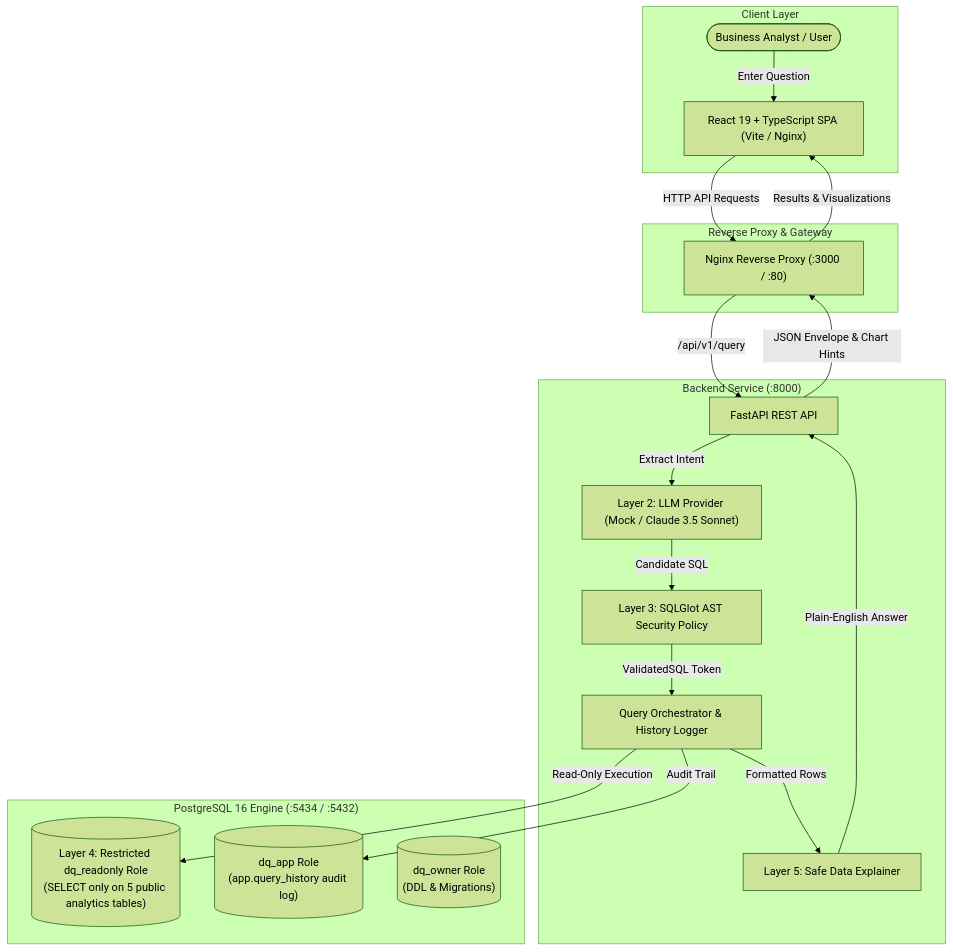
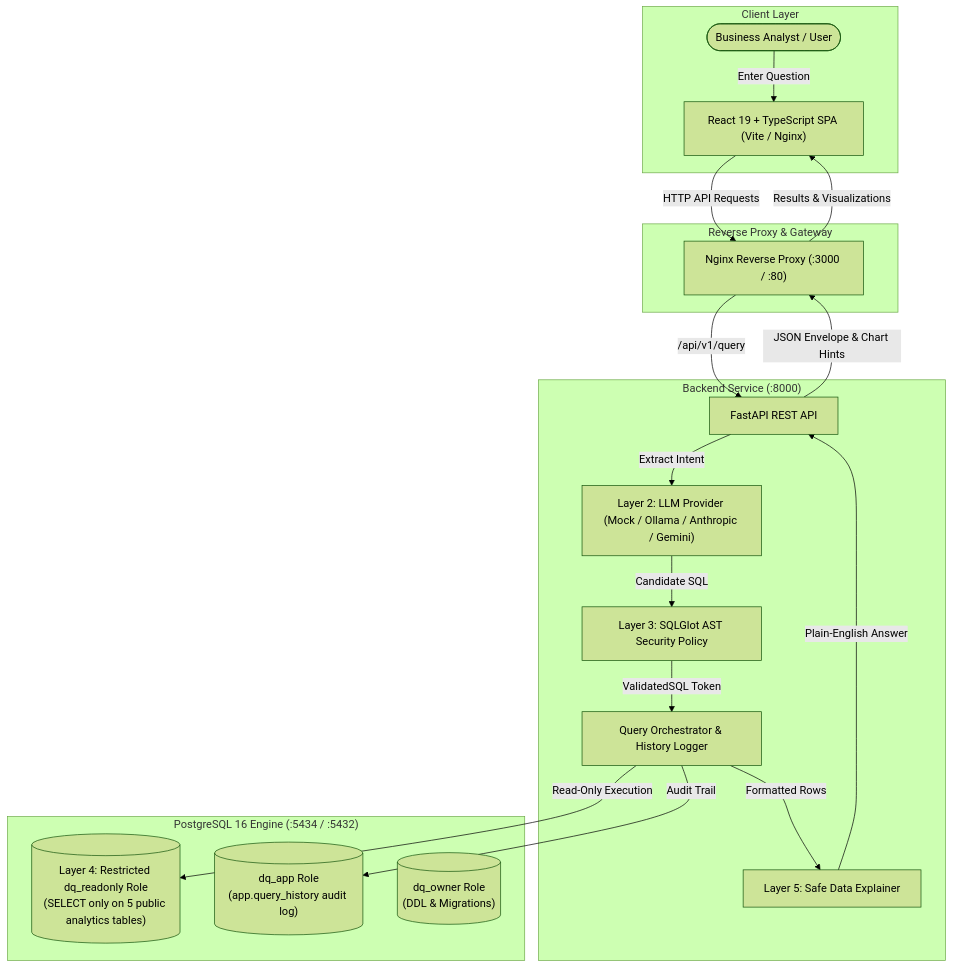
One commit to Sermystico/DataQuery changed the diagram in README.md. Above: the diagram before and after it, drawn with Mermaid (forest theme). The commit also changed other lines of this file and 10 other files, not shown here.

````diff
--- a/README.md
+++ b/README.md
@@ -17,38 +17,38 @@
 ```mermaid
 flowchart TD
     subgraph Client ["Client Layer"]
         User(["Business Analyst / User"])
         SPA["React 19 + TypeScript SPA (Vite / Nginx)"]
     end
 
     subgraph Gateway ["Reverse Proxy & Gateway"]
         Nginx["Nginx Reverse Proxy (:3000 / :80)"]
     end
 
     subgraph Application ["Backend Service (:8000)"]
         FastAPI["FastAPI REST API"]
         Validator["Layer 3: SQLGlot AST Security Policy"]
         QueryService["Query Orchestrator & History Logger"]
         Explainer["Layer 5: Safe Data Explainer"]
-        LLM["Layer 2: LLM Provider (Mock / Claude 3.5 Sonnet)"]
+        LLM["Layer 2: LLM Provider (Mock / Ollama / Anthropic / Gemini)"]
     end
 
     subgraph Database ["PostgreSQL 16 Engine (:5434 / :5432)"]
         ReadOnlyRole[("Layer 4: Restricted dq_readonly Role\n(SELECT only on 5 public analytics tables)")]
         AppRole[("dq_app Role\n(app.query_history audit log)")]
         OwnerRole[("dq_owner Role\n(DDL & Migrations)")]
     end
 
     User -->|Enter Question| SPA
     SPA -->|HTTP API Requests| Nginx
     Nginx -->|/api/v1/query| FastAPI
     FastAPI -->|Extract Intent| LLM
     LLM -->|Candidate SQL| Validator
     Validator -->|ValidatedSQL Token| QueryService
     QueryService -->|Read-Only Execution| ReadOnlyRole
     QueryService -->|Audit Trail| AppRole
     QueryService -->|Formatted Rows| Explainer
     Explainer -->|Plain-English Answer| FastAPI
     FastAPI -->|JSON Envelope & Chart Hints| Nginx
     Nginx -->|Results & Visualizations| SPA
 ```
````
